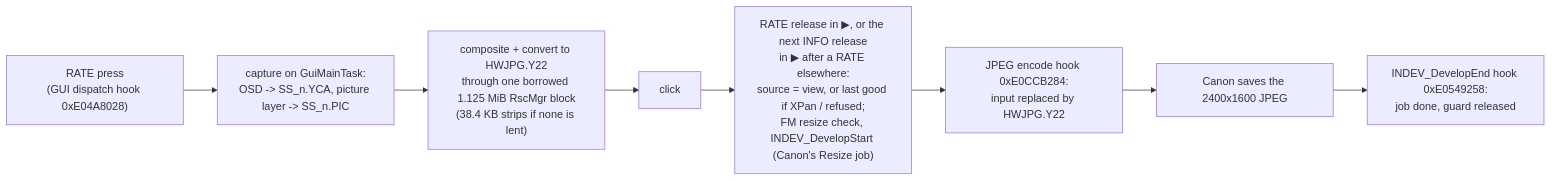
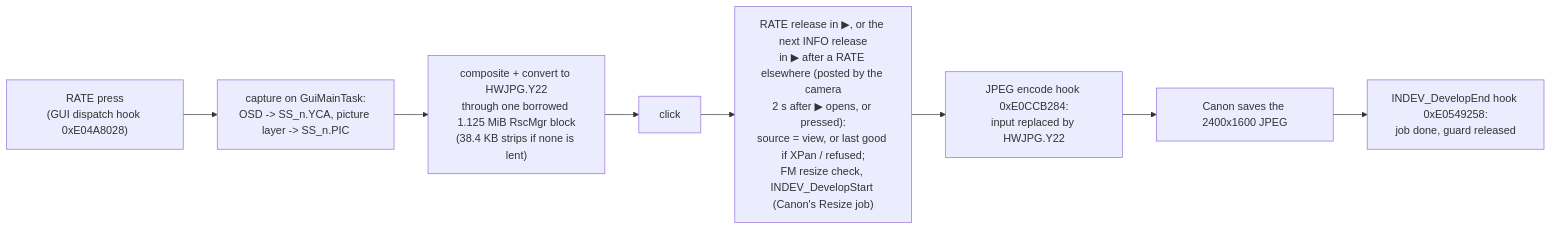
The diagram in docs/screenshot.md (WhiteAvocad0/canon-r5-mod), drawn with Mermaid before and after one commit. The commit also changed other lines of this file and 6 other files, not shown here.

````diff
--- a/docs/screenshot.md
+++ b/docs/screenshot.md
@@ -79,10 +81,10 @@
 ```mermaid
 flowchart LR
     Rate["RATE press<br/>(GUI dispatch hook 0xE04A8028)"] --> Cap["capture on GuiMainTask:<br/>OSD -> SS_n.YCA, picture layer -> SS_n.PIC"]
     Cap --> Y22["composite + convert to HWJPG.Y22<br/>through one borrowed 1.125 MiB RscMgr block<br/>(38.4 KB strips if none is lent)"]
     Y22 --> Click["click"]
-    Click --> Release["RATE release in ▶, or the next INFO release<br/>in ▶ after a RATE elsewhere:<br/>source = view, or last good if XPan / refused;<br/>FM resize check, INDEV_DevelopStart (Canon's Resize job)"]
+    Click --> Release["RATE release in ▶, or the next INFO release<br/>in ▶ after a RATE elsewhere (posted by the camera<br/>2 s after ▶ opens, or pressed):<br/>source = view, or last good if XPan / refused;<br/>FM resize check, INDEV_DevelopStart (Canon's Resize job)"]
     Release --> Enc["JPEG encode hook 0xE0CCB284:<br/>input replaced by HWJPG.Y22"]
     Enc --> Save["Canon saves the 2400x1600 JPEG"]
     Save --> End["INDEV_DevelopEnd hook 0xE0549258:<br/>job done, guard released"]
 ```
````
